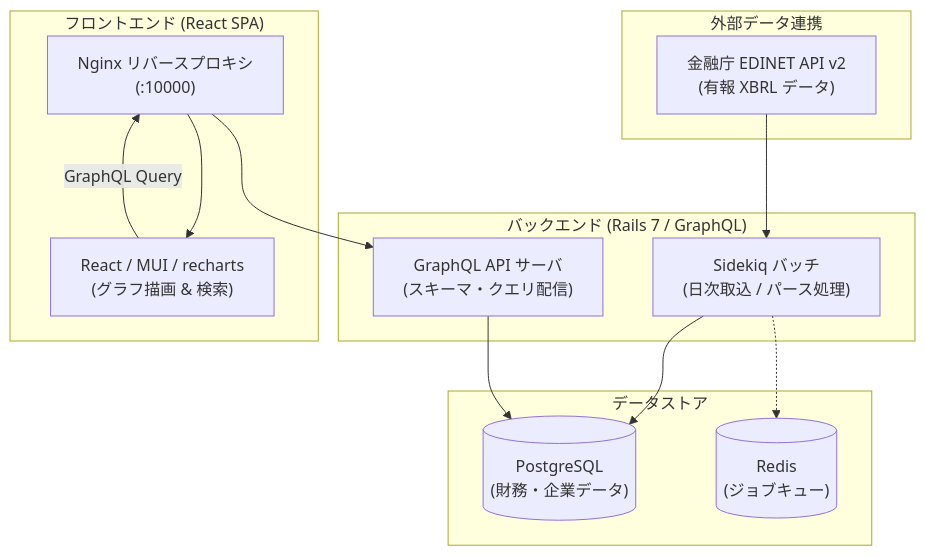
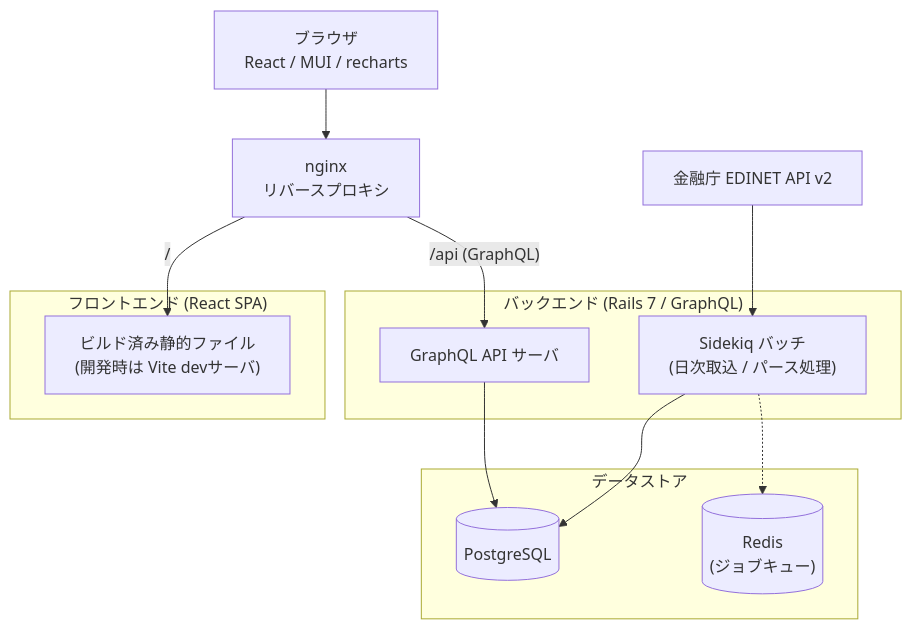
Before and after one commit to shin4488/financial-statement: the diagram in README.md, drawn with Mermaid. The commit also changed other lines of this file, not shown here.

Commit message:
docs: READMEの構成図でnginxをフロントエンドとバックエンドの前に置く
nginxは開発では / をVite devサーバへ、/api をRailsへ中継し、本番ではReactのビルド成果物を配信しながら /api をpumaへ中継する。画面の配信とAPIの中継の両方を担うため、フロントエンドの枠から出し、ブラウザとの間に立つ独立した入口として描く。Reactが動く場所もブラウザに改め、開発用のポート番号は図から外す。

表記はnginx.orgと docs/guide の文書に合わせて小文字の nginx に揃える。

````diff
--- a/README.md
+++ b/README.md
@@ -21,29 +21,25 @@
 ```mermaid
 flowchart TD
-    subgraph Data["外部データ連携"]
-        EDINET["金融庁 EDINET API v2<br>(有報 XBRL データ)"]
+    Browser["ブラウザ<br>React / MUI / recharts"] --> Nginx["nginx<br>リバースプロキシ"]
+
+    subgraph Frontend["フロントエンド (React SPA)"]
+        Static["ビルド済み静的ファイル<br>(開発時は Vite devサーバ)"]
     end
 
     subgraph Backend["バックエンド (Rails 7 / GraphQL)"]
+        API["GraphQL API サーバ"]
         Batch["Sidekiq バッチ<br>(日次取込 / パース処理)"]
-        API["GraphQL API サーバ<br>(スキーマ・クエリ配信)"]
     end
 
     subgraph Storage["データストア"]
-        PG[("PostgreSQL<br>(財務・企業データ)")]
+        PG[("PostgreSQL")]
         Redis[("Redis<br>(ジョブキュー)")]
     end
 
-    subgraph Frontend["フロントエンド (React SPA)"]
-        Web["Nginx リバースプロキシ<br>(:10000)"]
-        Client["React / MUI / recharts<br>(グラフ描画 & 検索)"]
-    end
-
-    EDINET --> Batch
+    EDINET["金融庁 EDINET API v2"] --> Batch
+    Nginx -->|"/"| Static
+    Nginx -->|"/api (GraphQL)"| API
+    API --> PG
     Batch --> PG
     Batch -.-> Redis
-    API --> PG
-    Web --> Client
-    Client -->|"GraphQL Query"| Web
-    Web --> API
 ```
````
